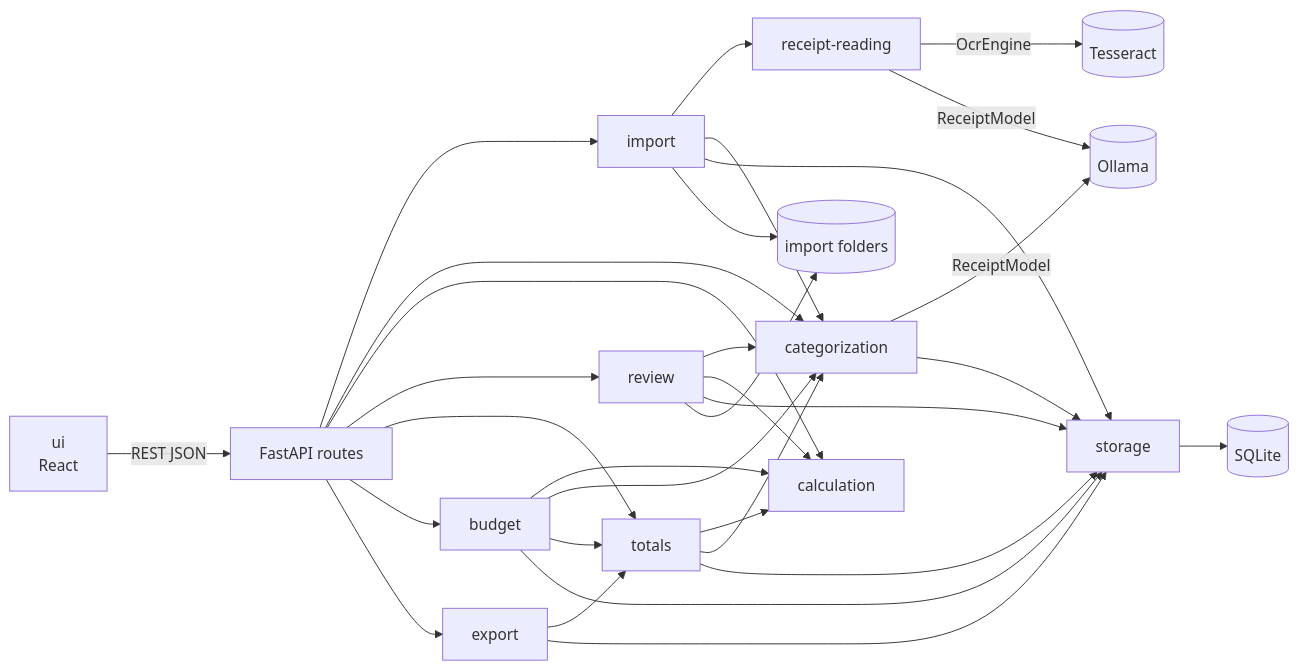
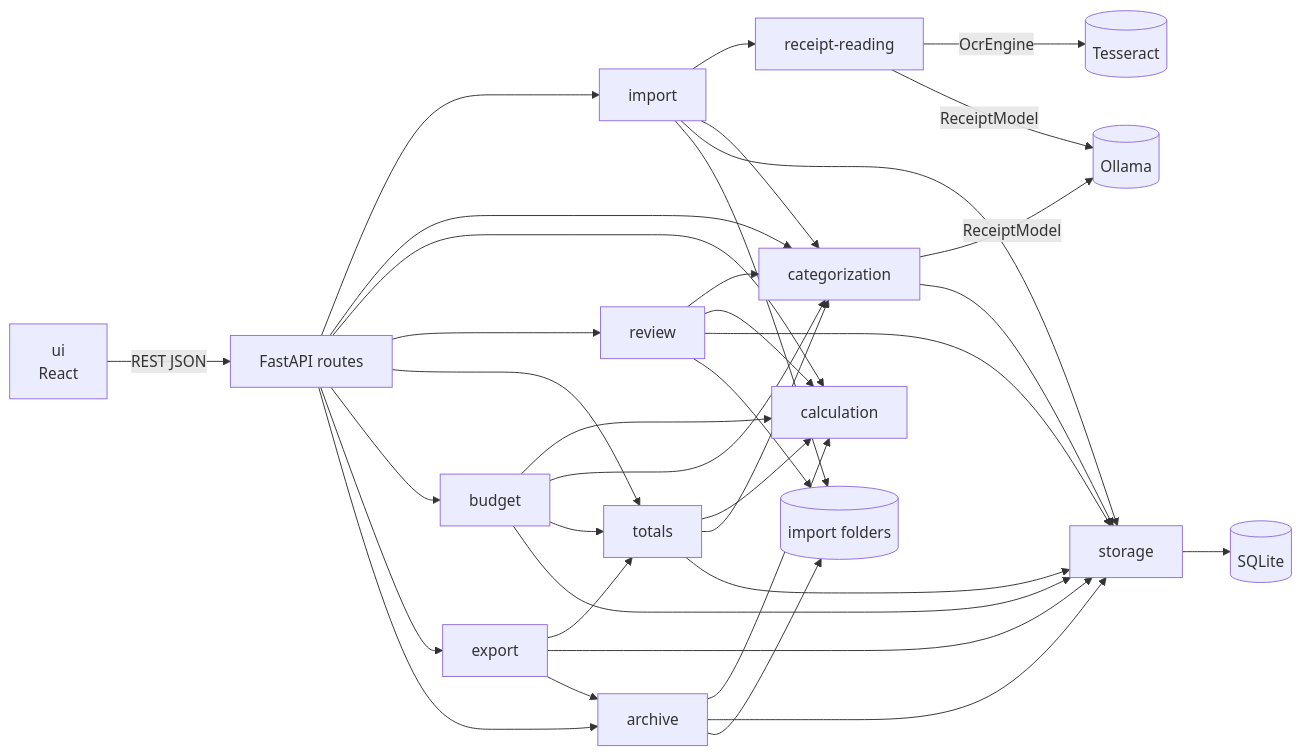
One commit to PekkaJuN/RRMCApplication changed the first of 2 diagrams in docs/architecture.md. Above: the diagram before and after it, drawn with Mermaid. The commit also changed other lines of this file and 90 other files, not shown here.

````diff
--- a/docs/architecture.md
+++ b/docs/architecture.md
@@ -105,33 +110,38 @@
 ```mermaid
 flowchart LR
   UI[ui<br/>React] -->|REST JSON| API[FastAPI routes]
   API --> IMP[import]
   API --> CAT[categorization]
   API --> CALC[calculation]
   API --> REV[review]
   REV --> CAT
   REV --> CALC
   REV --> ST
   REV --> FS
   API --> TOT[totals]
   TOT --> CALC
   TOT --> CAT
   TOT --> ST
   API --> BUD[budget]
   BUD --> CALC
   BUD --> CAT
   BUD --> TOT
   BUD --> ST
   API --> EXP[export]
   IMP --> RR[receipt-reading]
   IMP --> CAT
   RR -->|OcrEngine| TES[(Tesseract)]
   RR -->|ReceiptModel| OLL[(Ollama)]
   CAT -->|ReceiptModel| OLL
   IMP --> ST[storage]
   CAT --> ST
   EXP --> TOT
   EXP --> ST
+  EXP --> ARC
+  API --> ARC[archive]
+  ARC --> CALC
+  ARC --> ST
+  ARC --> FS
   ST --> DB[(SQLite)]
   IMP --> FS[(import folders)]
 ```
````
